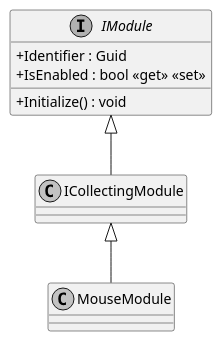
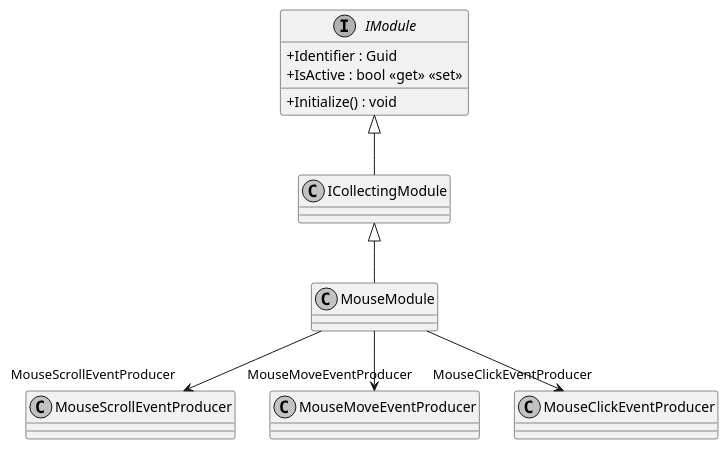
The diagram in documents/sd/plantuml/application/Modules/Mouse/MouseModule.puml (insightmind/MORR), drawn with PlantUML before and after one commit. The commit also changed 10 other files, not shown here.

```diff
--- a/documents/sd/plantuml/application/Modules/Mouse/MouseModule.puml
+++ b/documents/sd/plantuml/application/Modules/Mouse/MouseModule.puml
@@ -1,17 +1,20 @@
 @startuml
 skinparam monochrome true
 skinparam classAttributeIconSize 0
 
 class MouseModule {
 }
 
 ICollectingModule <|-- MouseModule
 
 interface IModule {
     + Identifier : Guid
-    + IsEnabled : bool <<get>> <<set>>
+    + IsActive : bool <<get>> <<set>>
     + Initialize() : void
 }
 
 IModule <|-- ICollectingModule
+MouseModule --> "  MouseScrollEventProducer" MouseScrollEventProducer
+MouseModule --> " MouseMoveEventProducer " MouseMoveEventProducer
+MouseModule --> "   MouseClickEventProducer" MouseClickEventProducer
 @enduml
```
